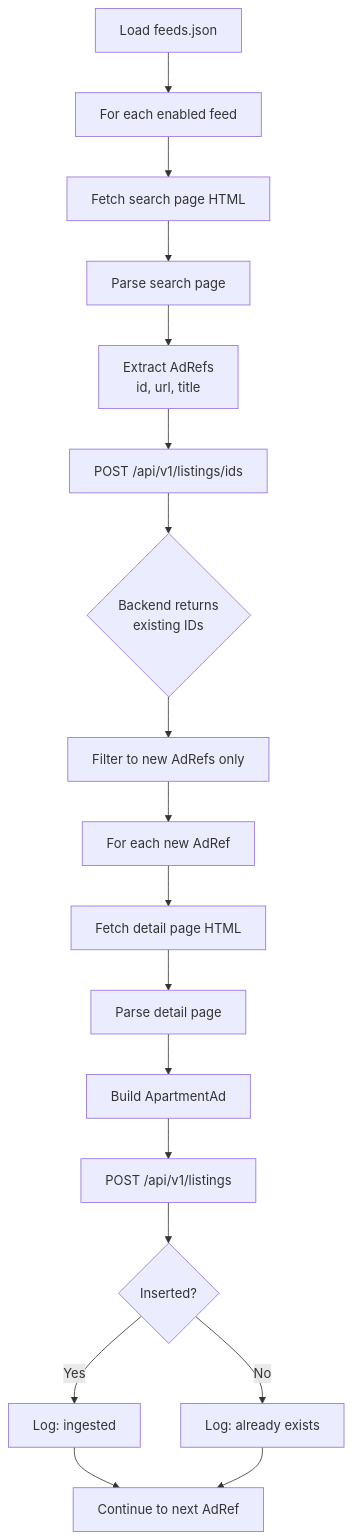
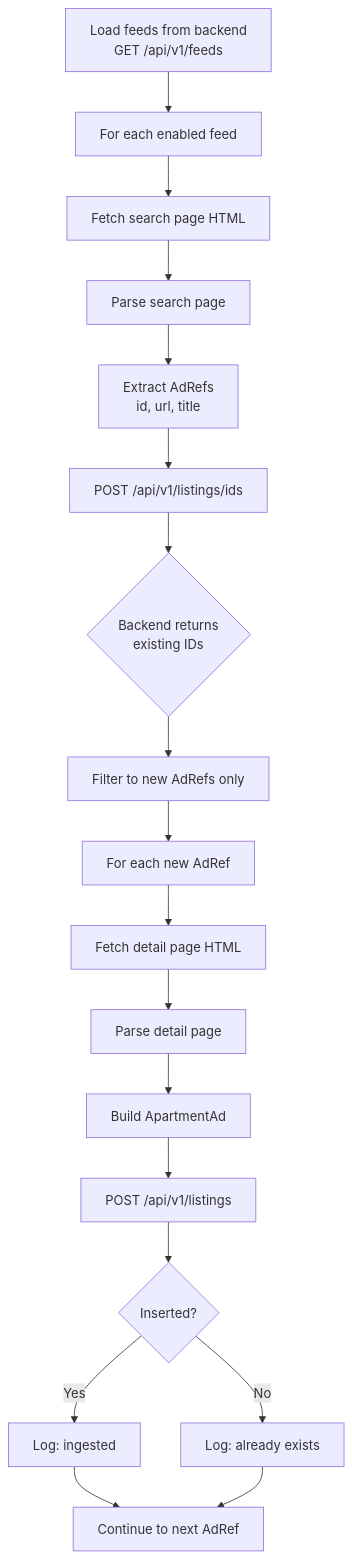
One commit to mathiswi/flat-radar changed the second of 4 diagrams in docs/pipeline.md. Above: the diagram before and after it, drawn with Mermaid. The commit also changed 36 other files, not shown here.

First line of the commit message:
feat(feeds): DB-backed feed config, drop feeds.json

````diff
--- a/docs/pipeline.md
+++ b/docs/pipeline.md
@@ -45,20 +45,20 @@
 ```mermaid
 flowchart TD
-    A[Load feeds.json] --> B[For each enabled feed]
+    A[Load feeds from backend<br/>GET /api/v1/feeds] --> B[For each enabled feed]
     B --> C[Fetch search page HTML]
     C --> D[Parse search page]
     D --> E[Extract AdRefs<br/>id, url, title]
     E --> F[POST /api/v1/listings/ids]
     F --> G{Backend returns<br/>existing IDs}
     G --> H[Filter to new AdRefs only]
     H --> I[For each new AdRef]
     I --> J[Fetch detail page HTML]
     J --> K[Parse detail page]
     K --> L[Build ApartmentAd]
     L --> M[POST /api/v1/listings]
     M --> N{Inserted?}
     N -->|Yes| O[Log: ingested]
     N -->|No| P[Log: already exists]
     O --> Q[Continue to next AdRef]
     P --> Q
 ```
````
